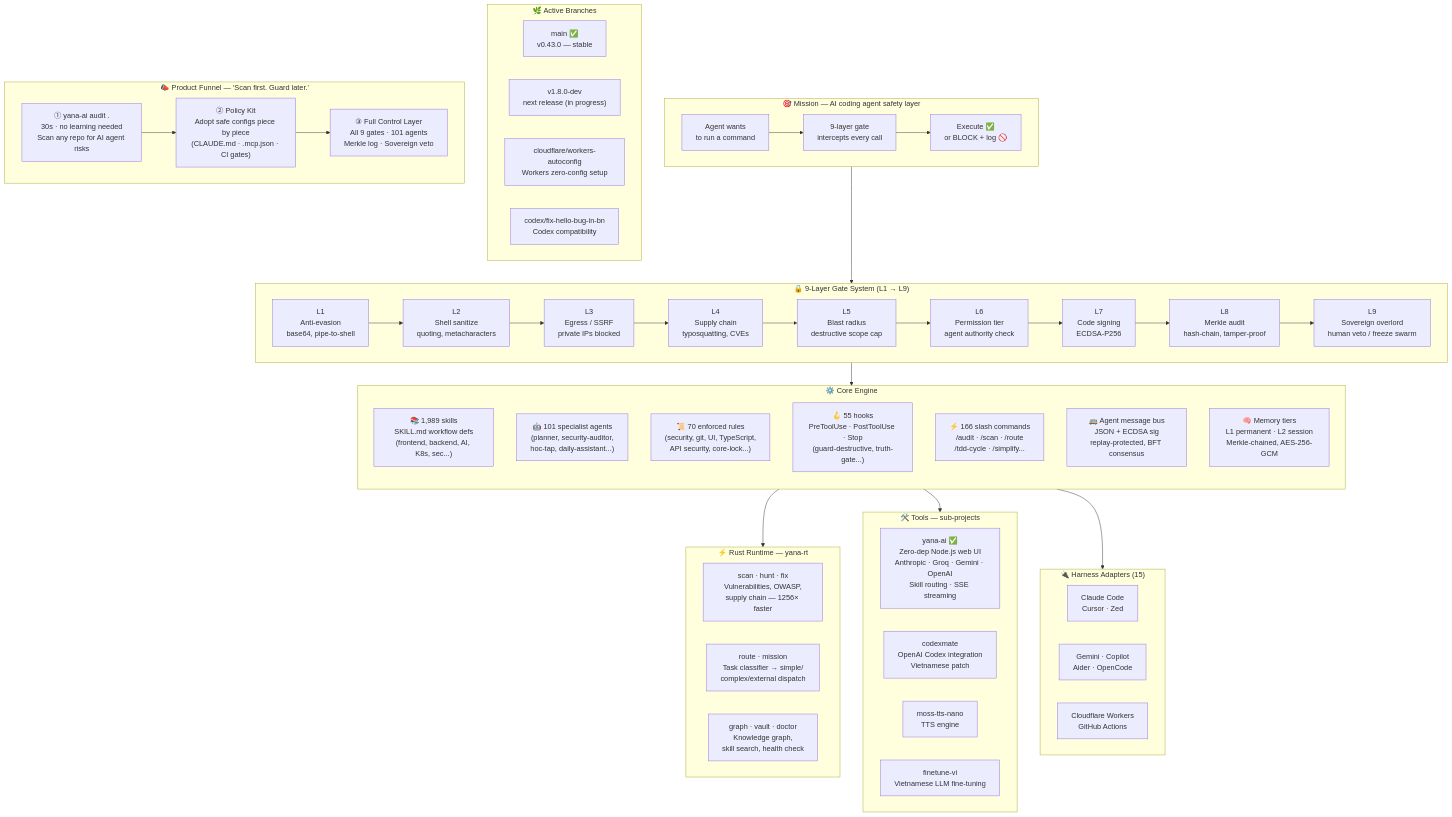
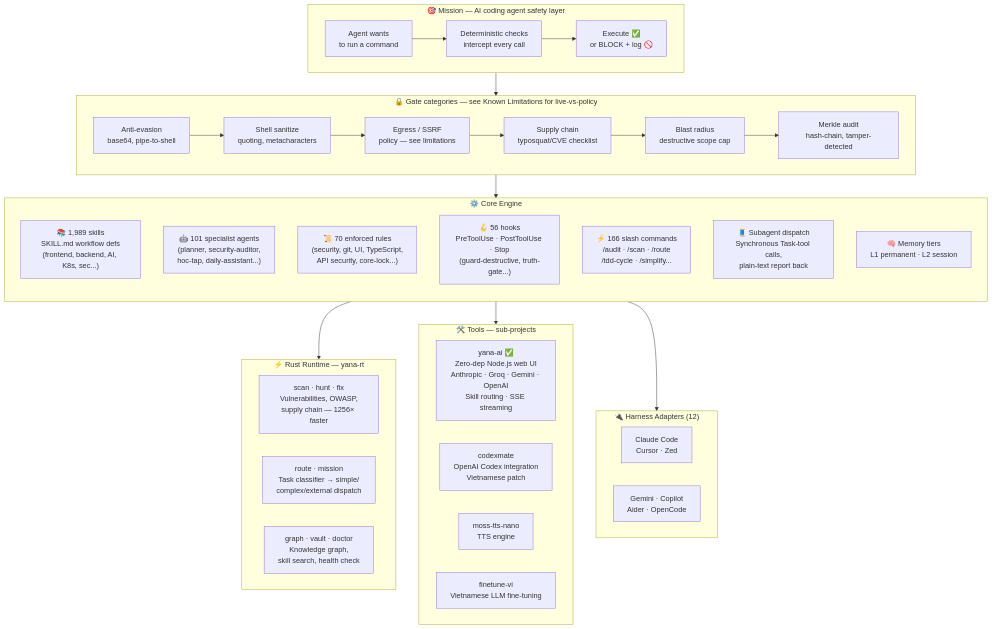
One commit to yanacuti1121/Yana-AI changed the diagram in docs/reference/architecture.md. Above: the diagram before and after it, drawn with Mermaid. The commit also changed other lines of this file and 4 other files, not shown here.

```diff
--- a/docs/reference/architecture.md
+++ b/docs/reference/architecture.md
@@ -21,24 +26,21 @@
     subgraph MISSION["🎯 Mission — AI coding agent safety layer"]
         direction LR
         AGENT["Agent wants\nto run a command"]
-        GATE["9-layer gate\nintercepts every call"]
+        GATE["Deterministic checks\nintercept every call"]
         OUT["Execute ✅\nor BLOCK + log 🚫"]
         AGENT --> GATE --> OUT
     end
 
-    %% ── Gate layers ──────────────────────────────────────────────────────
-    subgraph GATES["🔒 9-Layer Gate System (L1 → L9)"]
+    %% ── Gate categories ──────────────────────────────────────────────────
+    subgraph GATES["🔒 Gate categories — see Known Limitations for live-vs-policy"]
         direction LR
-        G1["L1\nAnti-evasion\nbase64, pipe-to-shell"]
-        G2["L2\nShell sanitize\nquoting, metacharacters"]
-        G3["L3\nEgress / SSRF\nprivate IPs blocked"]
-        G4["L4\nSupply chain\ntyposquatting, CVEs"]
-        G5["L5\nBlast radius\ndestructive scope cap"]
-        G6["L6\nPermission tier\nagent authority check"]
-        G7["L7\nCode signing\nECDSA-P256"]
-        G8["L8\nMerkle audit\nhash-chain, tamper-proof"]
-        G9["L9\nSovereign overlord\nhuman veto / freeze swarm"]
-        G1 --> G2 --> G3 --> G4 --> G5 --> G6 --> G7 --> G8 --> G9
+        G1["Anti-evasion\nbase64, pipe-to-shell"]
+        G2["Shell sanitize\nquoting, metacharacters"]
+        G3["Egress / SSRF\npolicy — see limitations"]
+        G4["Supply chain\ntyposquat/CVE checklist"]
+        G5["Blast radius\ndestructive scope cap"]
+        G6["Merkle audit\nhash-chain, tamper-detected"]
+        G1 --> G2 --> G3 --> G4 --> G5 --> G6
     end
 
     %% ── Core engine ──────────────────────────────────────────────────────
@@ -47,10 +49,10 @@
         SKILLS["📚 1,989 skills\nSKILL.md workflow defs\n(frontend, backend, AI, K8s, sec...)"]
         AGENTS["🤖 101 specialist agents\n(planner, security-auditor,\nhoc-tap, daily-assistant...)"]
         RULES["📜 70 enforced rules\n(security, git, UI, TypeScript,\nAPI security, core-lock...)"]
-        HOOKS["🪝 55 hooks\nPreToolUse · PostToolUse · Stop\n(guard-destructive, truth-gate...)"]
+        HOOKS["🪝 56 hooks\nPreToolUse · PostToolUse · Stop\n(guard-destructive, truth-gate...)"]
         CMDS["⚡ 166 slash commands\n/audit · /scan · /route\n/tdd-cycle · /simplify..."]
-        BUS["🚌 Agent message bus\nJSON + ECDSA sig\nreplay-protected, BFT consensus"]
-        MEM["🧠 Memory tiers\nL1 permanent · L2 session\nMerkle-chained, AES-256-GCM"]
+        DISPATCH["🧵 Subagent dispatch\nSynchronous Task-tool calls,\nplain-text report back"]
+        MEM["🧠 Memory tiers\nL1 permanent · L2 session"]
     end
 
     %% ── Rust runtime ─────────────────────────────────────────────────────
@@ -71,29 +73,10 @@
     end
 
     %% ── Harness adapters ─────────────────────────────────────────────────
-    subgraph HARNESS["🔌 Harness Adapters (15)"]
+    subgraph HARNESS["🔌 Harness Adapters (12)"]
         direction LR
         H1["Claude Code\nCursor · Zed"]
         H2["Gemini · Copilot\nAider · OpenCode"]
-        H3["Cloudflare Workers\nGitHub Actions"]
-    end
-
-    %% ── Active branches ──────────────────────────────────────────────────
-    subgraph BRANCHES["🌿 Active Branches"]
-        direction LR
-        BMAIN["main ✅\nv0.43.0 — stable"]
-        BVDEV["v1.8.0-dev\nnext release (in progress)"]
-        BCF["cloudflare/workers-autoconfig\nWorkers zero-config setup"]
-        BCX["codex/fix-hello-bug-in-bn\nCodex compatibility"]
-    end
-
-    %% ── Product funnel ───────────────────────────────────────────────────
-    subgraph FUNNEL["📣 Product Funnel — 'Scan first. Guard later.'"]
-        direction LR
-        F1["① yana-ai audit .\n30s · no learning needed\nScan any repo for AI agent risks"]
-        F2["② Policy Kit\nAdopt safe configs piece by piece\n(CLAUDE.md · .mcp.json · CI gates)"]
-        F3["③ Full Control Layer\nAll 9 gates · 101 agents\nMerkle log · Sovereign veto"]
-        F1 --> F2 --> F3
     end
 
     %% ── Connections ──────────────────────────────────────────────────────
```
